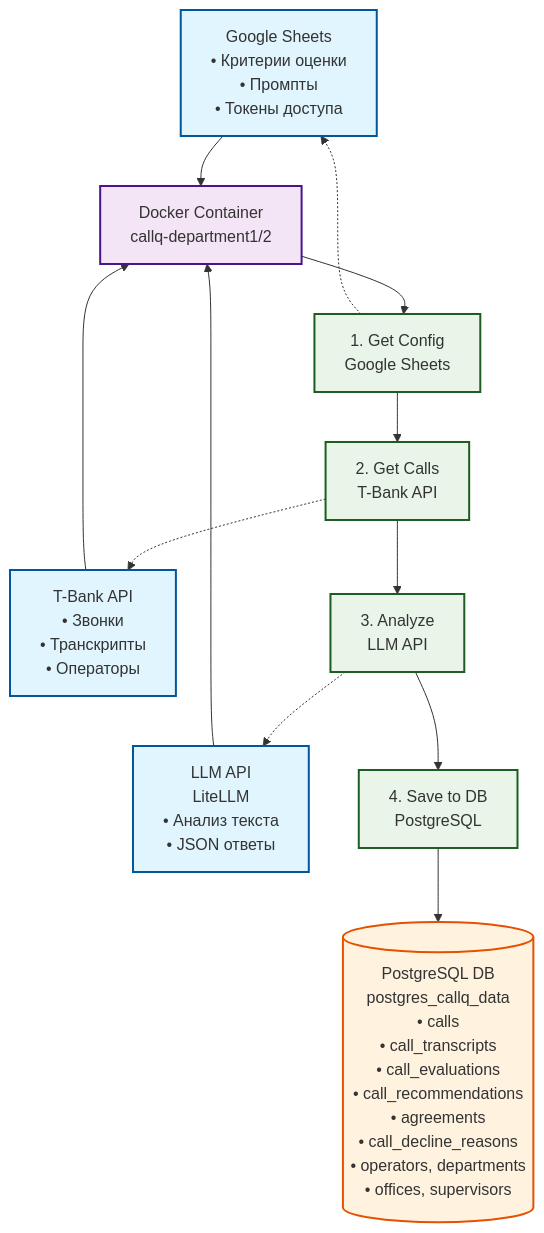
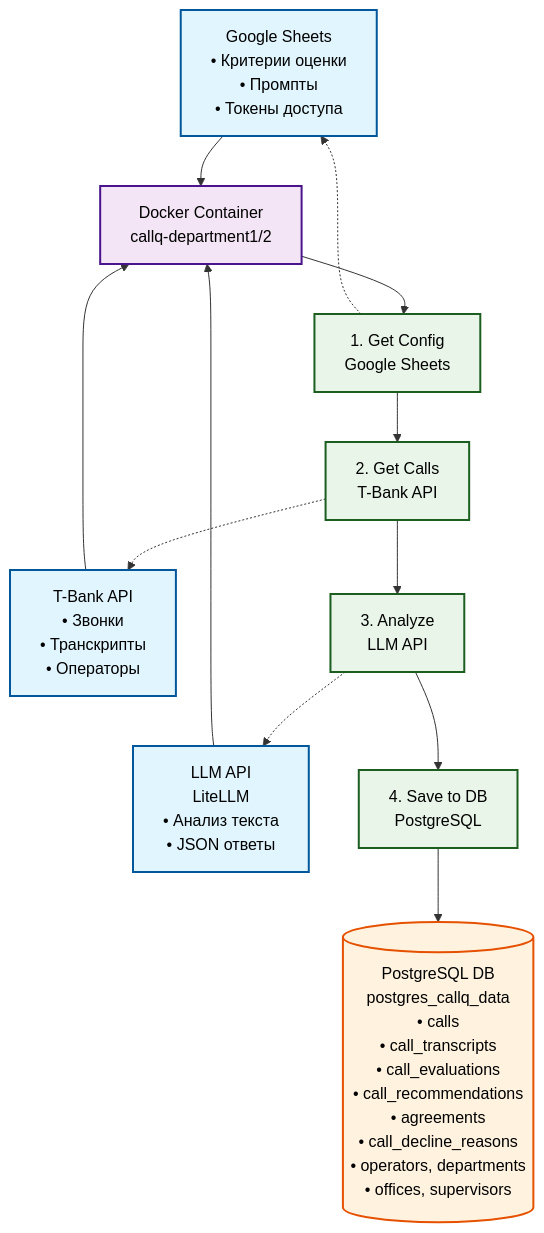
The diagram in README.md (poryadok-ru/1968724_call_analysis), drawn with Mermaid before and after one commit.

Commit message:
make text color black in Mermaid diagram for better readability

````diff
--- a/README.md
+++ b/README.md
@@ -22,49 +22,49 @@
 ```mermaid
 graph TB
     %% Внешние сервисы
     GS[Google Sheets<br/>• Критерии оценки<br/>• Промпты<br/>• Токены доступа]
     TB[T-Bank API<br/>• Звонки<br/>• Транскрипты<br/>• Операторы]
     LLM[LLM API<br/>LiteLLM<br/>• Анализ текста<br/>• JSON ответы]
 
     %% Docker контейнер
     DC[Docker Container<br/>callq-department1/2]
 
     %% Пайплайн шаги
     C1[1. Get Config<br/>Google Sheets]
     C2[2. Get Calls<br/>T-Bank API]
     C3[3. Analyze<br/>LLM API]
     C4[4. Save to DB<br/>PostgreSQL]
 
     %% База данных
     DB[(PostgreSQL DB<br/>postgres_callq_data<br/>• calls<br/>• call_transcripts<br/>• call_evaluations<br/>• call_recommendations<br/>• agreements<br/>• call_decline_reasons<br/>• operators, departments<br/>• offices, supervisors)]
 
     %% Связи внешних сервисов с контейнером
     GS --> DC
     TB --> DC
     LLM --> DC
 
     %% Поток внутри контейнера
     DC --> C1
     C1 --> C2
     C2 --> C3
     C3 --> C4
 
     %% Обратные связи к внешним сервисам
     C1 -.-> GS
     C2 -.-> TB
     C3 -.-> LLM
 
     %% Сохранение в БД
     C4 --> DB
 
     %% Стилизация
-    classDef external fill:#e1f5fe,stroke:#01579b,stroke-width:2px
-    classDef container fill:#f3e5f5,stroke:#4a148c,stroke-width:2px
-    classDef process fill:#e8f5e8,stroke:#1b5e20,stroke-width:2px
-    classDef database fill:#fff3e0,stroke:#e65100,stroke-width:2px
+    classDef external fill:#e1f5fe,stroke:#01579b,stroke-width:2px,color:#000000
+    classDef container fill:#f3e5f5,stroke:#4a148c,stroke-width:2px,color:#000000
+    classDef process fill:#e8f5e8,stroke:#1b5e20,stroke-width:2px,color:#000000
+    classDef database fill:#fff3e0,stroke:#e65100,stroke-width:2px,color:#000000
 
     class GS,TB,LLM external
     class DC container
     class C1,C2,C3,C4 process
     class DB database
 ```
````
